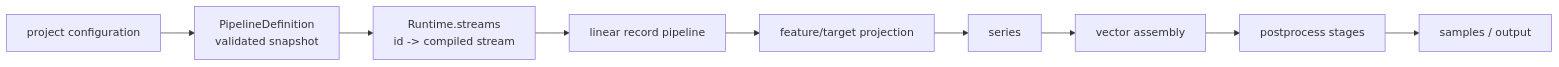
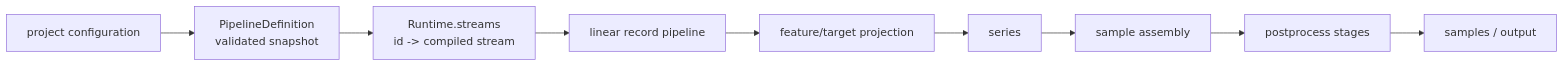
The diagram in docs/architecture.md (mr-lovalova/datapipeline), drawn with Mermaid before and after one commit. The commit also changed other lines of this file and 35 other files, not shown here.

````diff
--- a/docs/architecture.md
+++ b/docs/architecture.md
@@ -37,9 +37,9 @@
 ```mermaid
 flowchart LR
   config["project configuration"] --> definition["PipelineDefinition<br/>validated snapshot"]
   definition --> runtime["Runtime.streams<br/>id -> compiled stream"]
   runtime --> records["linear record pipeline"]
   records --> projection["feature/target projection"] --> inputs["series"]
-  inputs --> vectors["vector assembly"] --> postprocess["postprocess stages"]
+  inputs --> samples["sample assembly"] --> postprocess["postprocess stages"]
   postprocess --> output["samples / output"]
 ```
````
